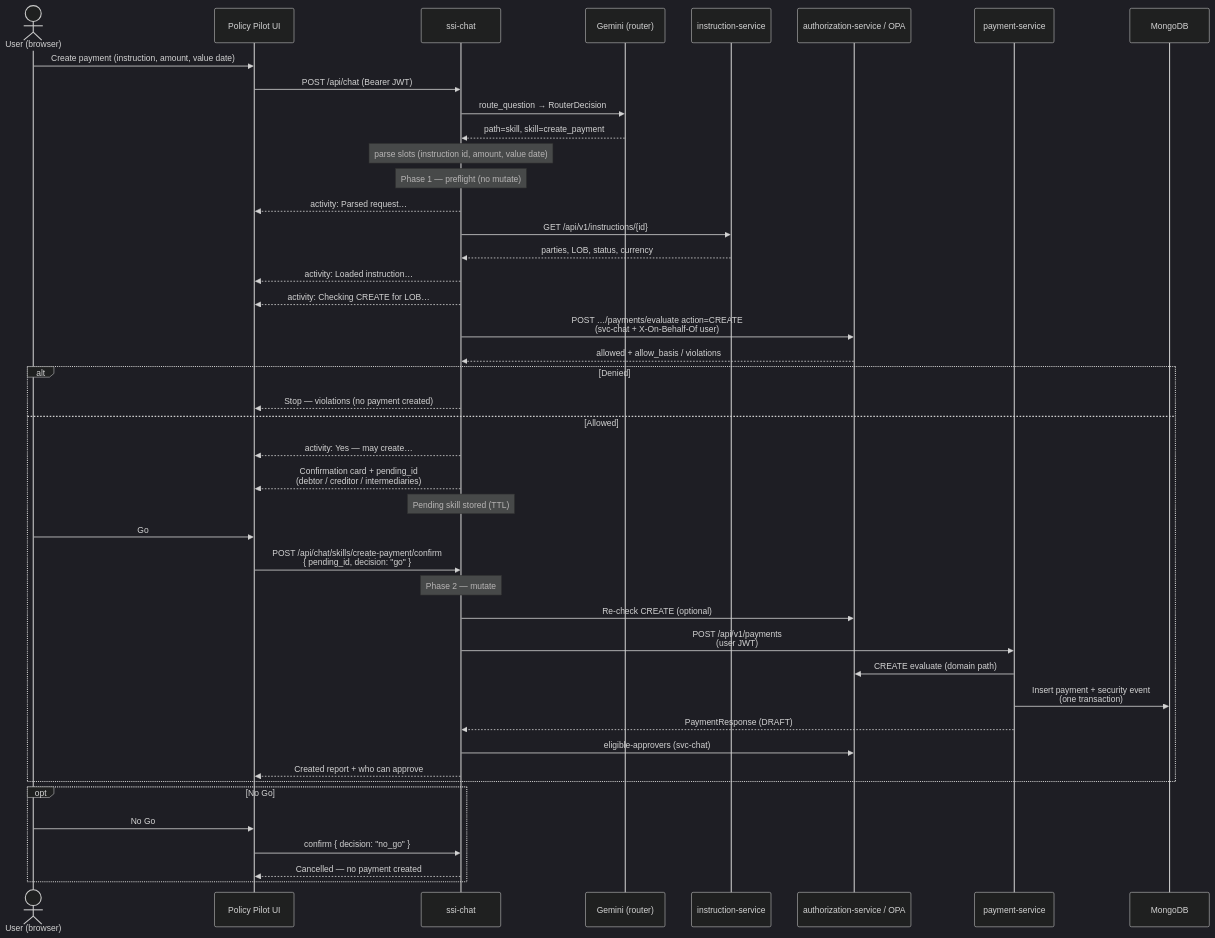
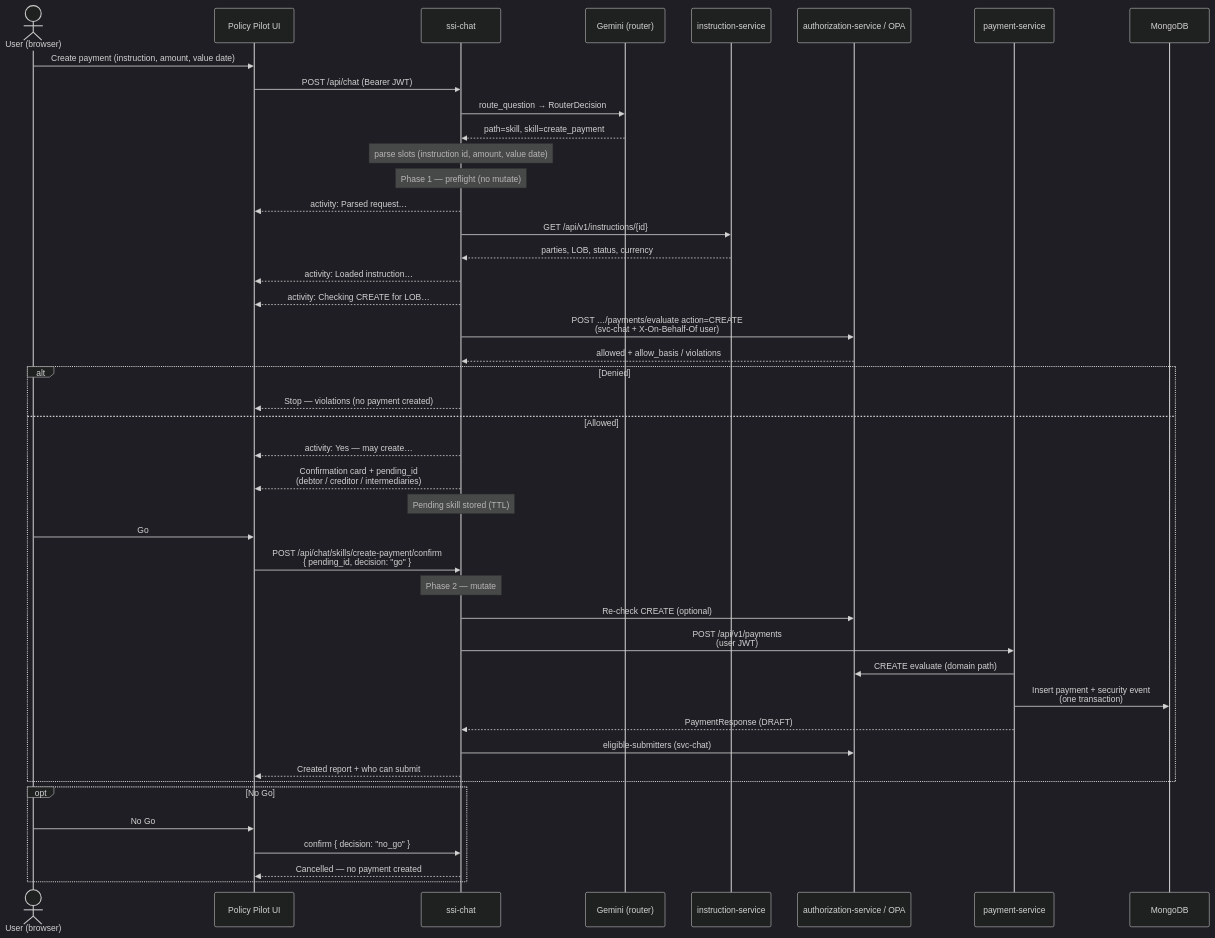
Before and after one commit to sanjuthomas/policy-pilot: the diagram in docs/create-payment-skill.md, drawn with Mermaid (dark theme). The commit also changed other lines of this file and 14 other files, not shown here.

First line of the commit message:
Report eligible desk submitters after create-payment.

````diff
--- a/docs/create-payment-skill.md
+++ b/docs/create-payment-skill.md
@@ -46,52 +46,52 @@
 ```mermaid
 sequenceDiagram
     actor U as User (browser)
     participant UI as Policy Pilot UI
     participant C as ssi-chat
     participant L as Gemini (router)
     participant I as instruction-service
     participant A as authorization-service / OPA
     participant P as payment-service
     participant M as MongoDB
 
     U->>UI: Create payment (instruction, amount, value date)
     UI->>C: POST /api/chat (Bearer JWT)
 
     C->>L: route_question → RouterDecision
     L-->>C: path=skill, skill=create_payment
     Note over C: parse slots (instruction id, amount, value date)
 
     Note over C: Phase 1 — preflight (no mutate)
     C-->>UI: activity: Parsed request…
     C->>I: GET /api/v1/instructions/{id}
     I-->>C: parties, LOB, status, currency
     C-->>UI: activity: Loaded instruction…
     C-->>UI: activity: Checking CREATE for LOB…
     C->>A: POST …/payments/evaluate action=CREATE<br/>(svc-chat + X-On-Behalf-Of user)
     A-->>C: allowed + allow_basis / violations
 
     alt Denied
         C-->>UI: Stop — violations (no payment created)
     else Allowed
         C-->>UI: activity: Yes — may create…
         C-->>UI: Confirmation card + pending_id<br/>(debtor / creditor / intermediaries)
         Note over C: Pending skill stored (TTL)
         U->>UI: Go
         UI->>C: POST /api/chat/skills/create-payment/confirm<br/>{ pending_id, decision: "go" }
 
         Note over C: Phase 2 — mutate
         C->>A: Re-check CREATE (optional)
         C->>P: POST /api/v1/payments<br/>(user JWT)
         P->>A: CREATE evaluate (domain path)
         P->>M: Insert payment + security event<br/>(one transaction)
         P-->>C: PaymentResponse (DRAFT)
-        C->>A: eligible-approvers (svc-chat)
-        C-->>UI: Created report + who can approve
+        C->>A: eligible-submitters (svc-chat)
+        C-->>UI: Created report + who can submit
     end
 
     opt No Go
         U->>UI: No Go
         UI->>C: confirm { decision: "no_go" }
         C-->>UI: Cancelled — no payment created
     end
 ```
````
